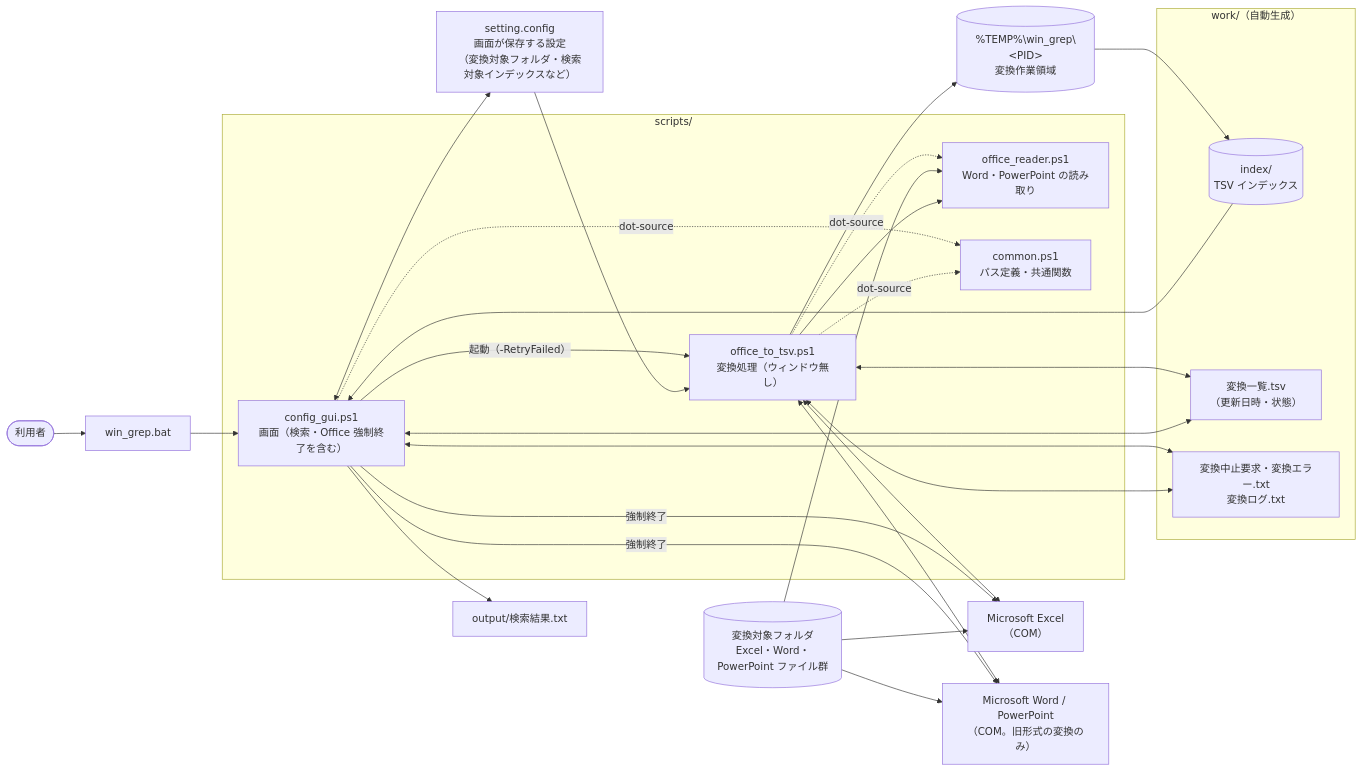
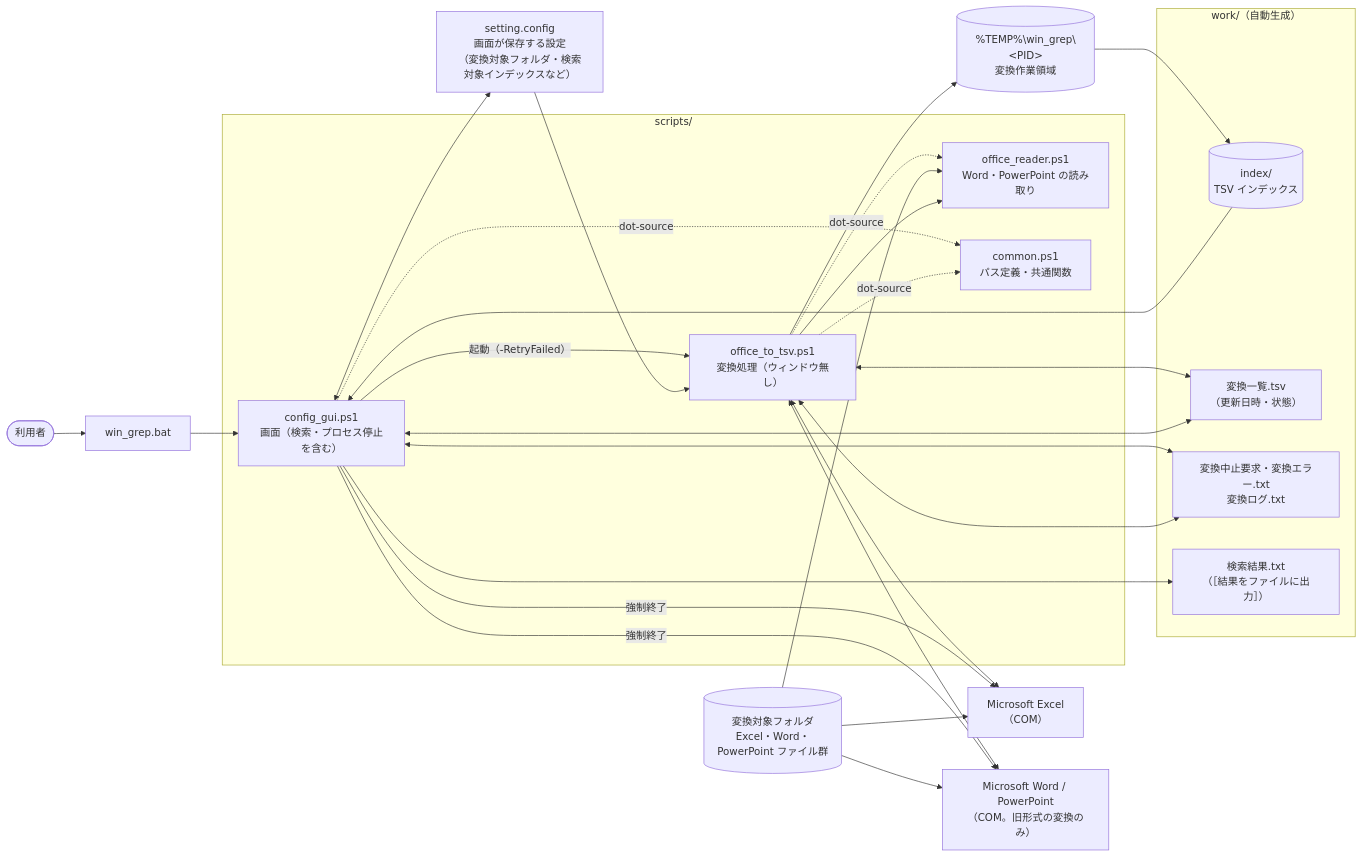
Before and after one commit to hsgwa/tebunko: the first of 2 diagrams in docs/00_index.md, drawn with Mermaid. The commit also changed other lines of this file and 27 other files, not shown here.

````diff
--- a/docs/00_index.md
+++ b/docs/00_index.md
@@ -71,48 +71,48 @@
 ```mermaid
 flowchart LR
     user(["利用者"])
 
     bat["win_grep.bat"]
 
     subgraph scripts["scripts/"]
-        gui["config_gui.ps1<br>画面（検索・Office 強制終了を含む）"]
+        gui["config_gui.ps1<br>画面（検索・プロセス停止を含む）"]
         conv["office_to_tsv.ps1<br>変換処理（ウィンドウ無し）"]
         reader["office_reader.ps1<br>Word・PowerPoint の読み取り"]
         common["common.ps1<br>パス定義・共通関数"]
     end
 
     c1["setting.config<br>画面が保存する設定<br>（変換対象フォルダ・検索対象インデックスなど）"]
 
     subgraph work["work/（自動生成）"]
         idx[("index/<br>TSV インデックス")]
         status["変換一覧.tsv<br>（更新日時・状態）"]
         ctl["変換中止要求・変換エラー.txt<br>変換ログ.txt"]
+        out["検索結果.txt<br>（［結果をファイルに出力］）"]
     end
 
     tmp[("%TEMP%\win_grep\#lt;PID#gt;<br>変換作業領域")]
     src[("変換対象フォルダ<br>Excel・Word・PowerPoint ファイル群")]
     excel["Microsoft Excel<br>（COM）"]
     office["Microsoft Word / PowerPoint<br>（COM。旧形式の変換のみ）"]
-    out["output/検索結果.txt"]
 
     user --> bat --> gui
     gui -- "起動（-RetryFailed）" --> conv
     gui -. "dot-source" .-> common
     conv -. "dot-source" .-> common
     conv -. "dot-source" .-> reader
 
     gui <--> c1
     c1 --> conv
     src --> excel & office & reader
     conv <--> excel
     conv <--> office
     conv --> reader
     conv <--> status
     gui <--> status & ctl
     conv <--> ctl
     conv --> tmp --> idx
 
     idx --> gui
     gui --> out
     gui -- "強制終了" --> excel & office
 ```
````
